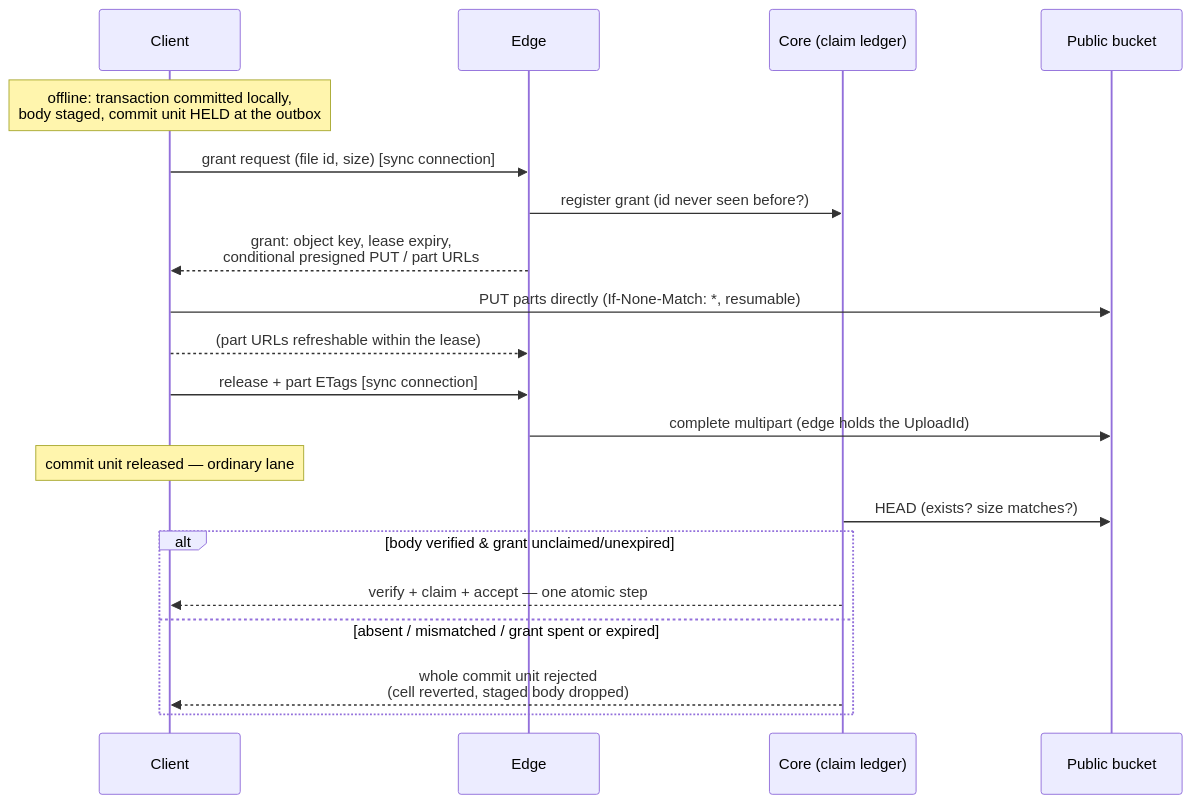
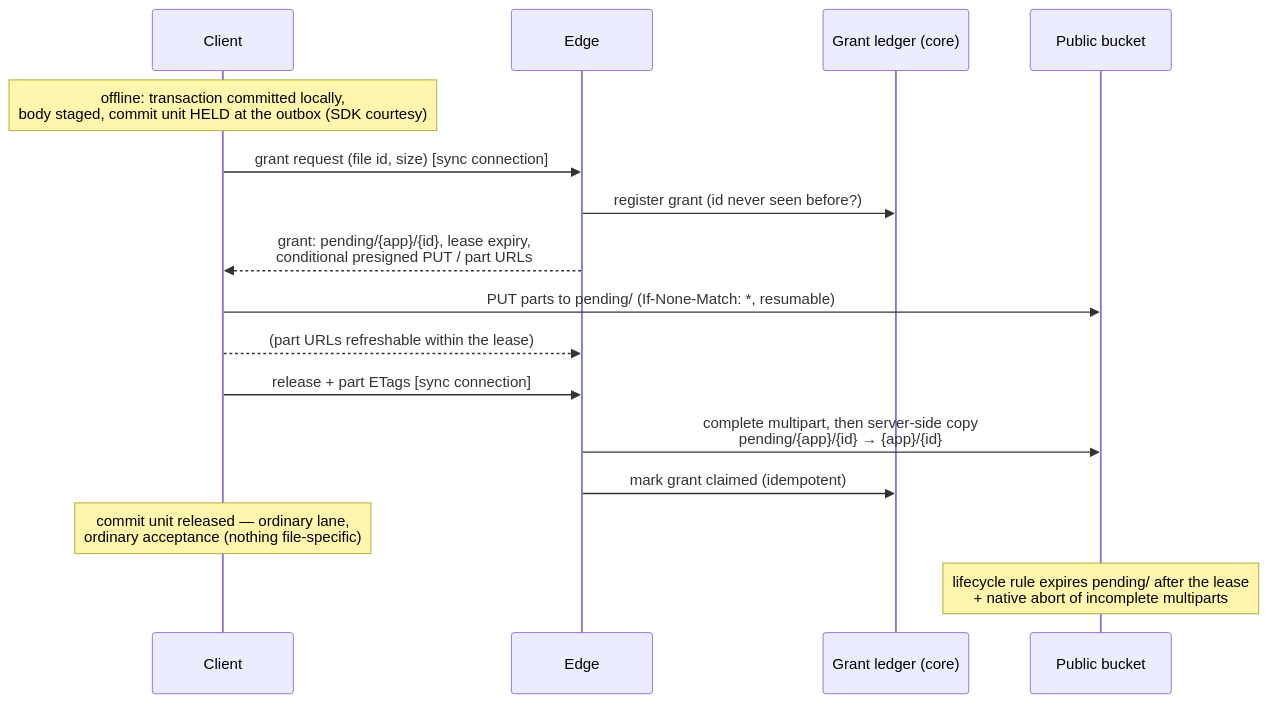
The second of 3 diagrams in docs/superpowers/specs/2026-07-09-files-design-explained.md (garden-co/jazz), drawn with Mermaid before and after one commit. The commit also changed other lines of this file and 7 other files, not shown here.

````diff
--- a/docs/superpowers/specs/2026-07-09-files-design-explained.md
+++ b/docs/superpowers/specs/2026-07-09-files-design-explained.md
@@ -173,23 +176,19 @@
 ```mermaid
 sequenceDiagram
     participant C as Client
     participant E as Edge
-    participant K as Core (claim ledger)
+    participant K as Grant ledger (core)
     participant S3 as Public bucket
 
-    Note over C: offline: transaction committed locally,<br/>body staged, commit unit HELD at the outbox
+    Note over C: offline: transaction committed locally,<br/>body staged, commit unit HELD at the outbox (SDK courtesy)
     C->>E: grant request (file id, size)        [sync connection]
     E->>K: register grant (id never seen before?)
-    E-->>C: grant: object key, lease expiry,<br/>conditional presigned PUT / part URLs
-    C->>S3: PUT parts directly (If-None-Match: *, resumable)
+    E-->>C: grant: pending/{app}/{id}, lease expiry,<br/>conditional presigned PUT / part URLs
+    C->>S3: PUT parts to pending/ (If-None-Match: *, resumable)
     C-->>E: (part URLs refreshable within the lease)
     C->>E: release + part ETags                 [sync connection]
-    E->>S3: complete multipart (edge holds the UploadId)
-    Note over C: commit unit released — ordinary lane
-    K->>S3: HEAD (exists? size matches?)
-    alt body verified & grant unclaimed/unexpired
-        K-->>C: verify + claim + accept — one atomic step
-    else absent / mismatched / grant spent or expired
-        K-->>C: whole commit unit rejected<br/>(cell reverted, staged body dropped)
-    end
+    E->>S3: complete multipart, then server-side copy<br/>pending/{app}/{id} → {app}/{id}
+    E->>K: mark grant claimed (idempotent)
+    Note over C: commit unit released — ordinary lane,<br/>ordinary acceptance (nothing file-specific)
+    Note over S3: lifecycle rule expires pending/ after the lease<br/>+ native abort of incomplete multiparts
 ```
````
